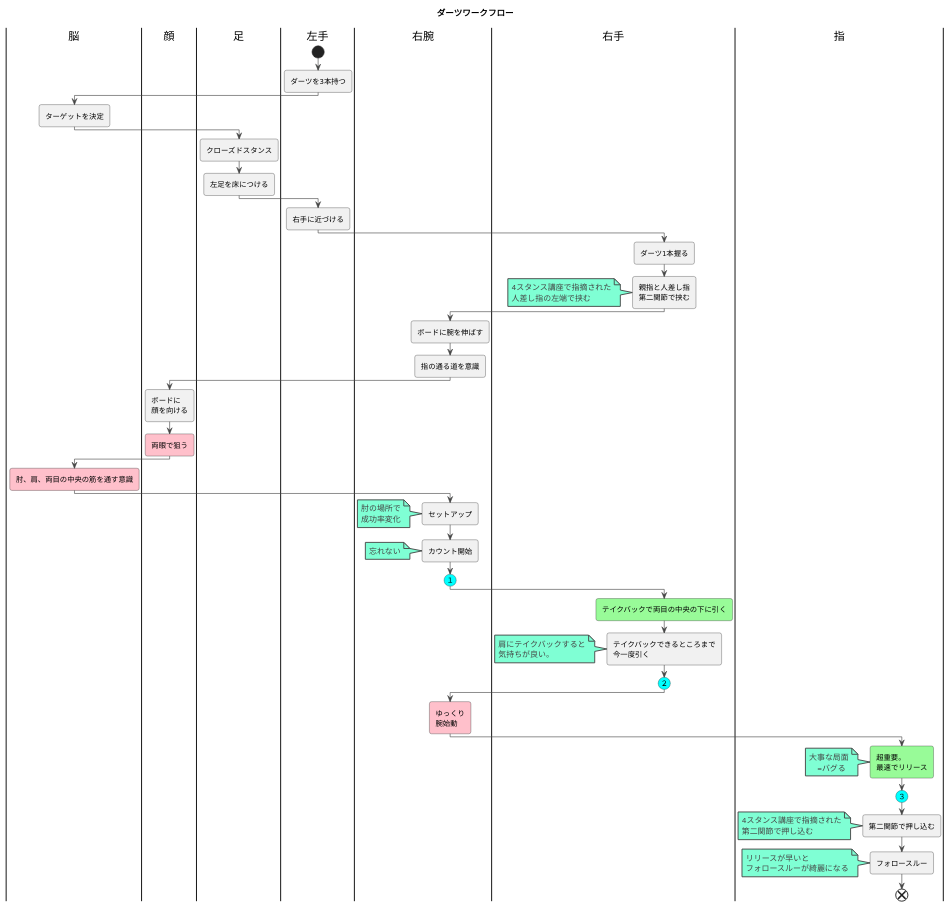
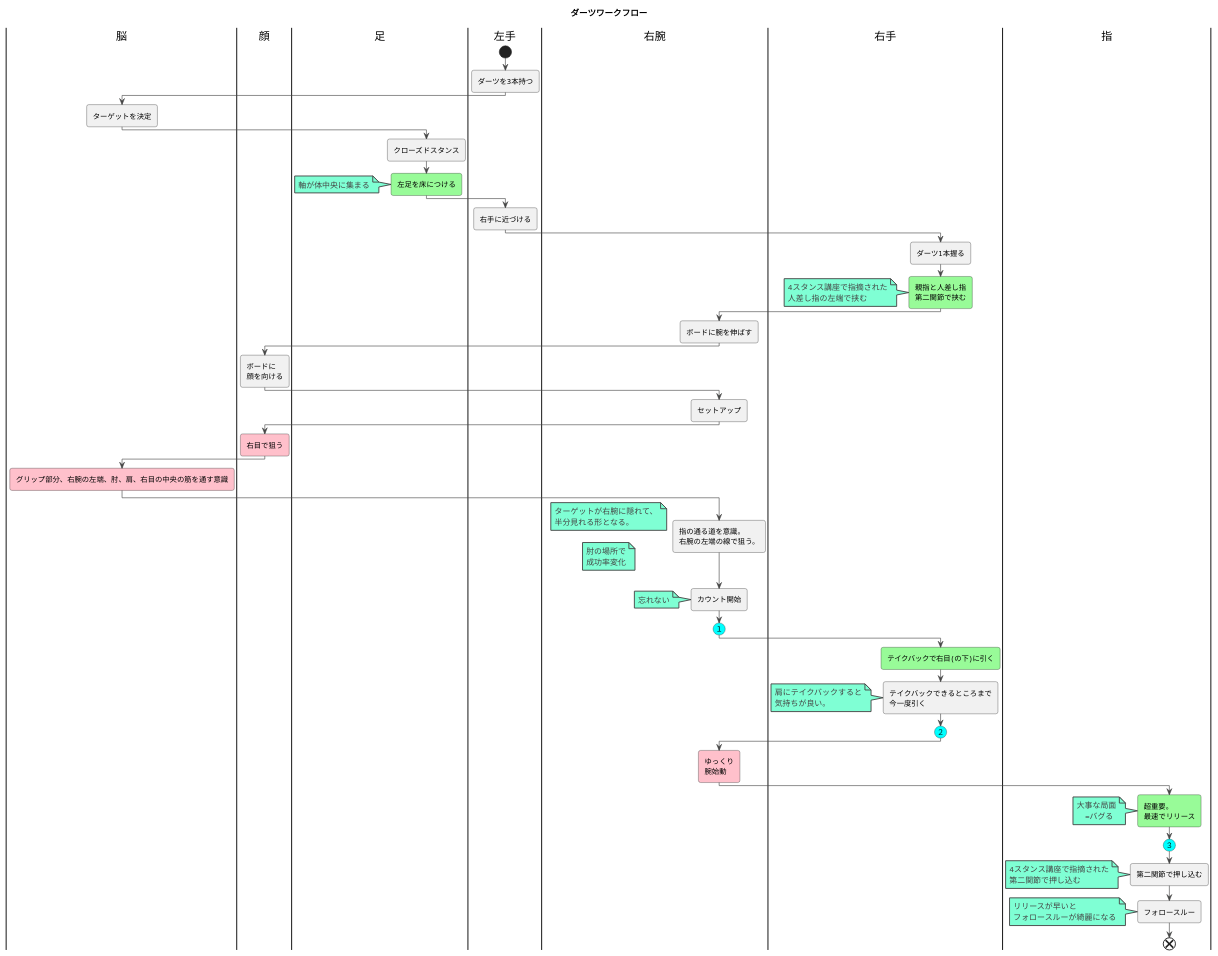
The diagram in dartsFlow.plantuml (darts-cloud/dartsFlow), drawn with PlantUML before and after one commit.

Commit message:
Update dartsFlow.plantuml
４スタンス講習後、微調整

```diff
--- a/dartsFlow.plantuml
+++ b/dartsFlow.plantuml
@@ -1,130 +1,130 @@
 @startuml
 title ダーツワークフロー
 
 
 
 !theme vibrant
 
 |脳|
 |顔|
 |足|
 |左手|
 |右腕|
 |左手|
 start
 :ダーツを3本持つ;
 |脳|
 :ターゲットを決定;
 |足|
 :クローズドスタンス;
-:左足を床につける;
+#palegreen:左足を床につける;
+note
+  軸が体中央に集まる
+end note
 /'
 ################
 ##pink:左足を右足よりも
 #後ろに下げる;
 ################
 '/
 
 |左手|
 :右手に近づける;
 |右手|
 :ダーツ1本握る;
-:親指と人差し指
+#palegreen:親指と人差し指
 第二関節で挟む;
 note
   4スタンス講座で指摘された
   人差し指の左端で挟む
 end note
 
 |右腕|
 :ボードに腕を伸ばす;
 
-/'
-################
-##pink:腕を一番右側
-#まで伸ばす;
-################
-'/
-:指の通る道を意識;
 |顔|
 :ボードに
 顔を向ける;
-#pink:両眼で狙う;
-|脳|
-#pink:肘、肩、両目の中央の筋を通す意識;
 |右腕|
 :セットアップ;
-/'
-################
-':60°ぐらいに構える;
-################
-'/
+|顔|
+#pink:右目で狙う;
+|脳|
+#pink:グリップ部分、右腕の左端、肘、肩、右目の中央の筋を通す意識;
+|右腕|
+:指の通る道を意識。
+右腕の左端の線で狙う。;
+note
+ターゲットが右腕に隠れて、
+半分見れる形となる。
+end note
+
 note
 肘の場所で
 成功率変化
 end note
 
 |右腕|
 :カウント開始;
 
 note
     忘れない
 end note
 
 
 #Aqua:(１)
 
 |右手|
 
-#palegreen:テイクバックで両目の中央の下に引く;
+#palegreen:テイクバックで右目(の下)に引く;
 
 :テイクバックできるところまで
 今一度引く;
 
 note
     肩にテイクバックすると
     気持ちが良い。
 end note
 
 #Aqua:(２)
 
 /'
 #pink:肘固定意識;
 note
     固定が甘い
     →飛ばない
 end note
 #pink:肘の裏側意識;
 note
     指の道が
     肘の左側
 end note
 '/
 
 |右腕|
 #pink:ゆっくり
 腕始動;
 |指|
 #palegreen:超重要。
 最速でリリース;
 note
     大事な局面
         =バグる 
 end note
 
 #Aqua:(３)
 
 :第二関節で押し込む;
 note
   4スタンス講座で指摘された
   第二関節で押し込む
 end note
 
 :フォロースルー;
 note
   リリースが早いと
   フォロースルーが綺麗になる
 end note
 
 end
 @enduml
```
